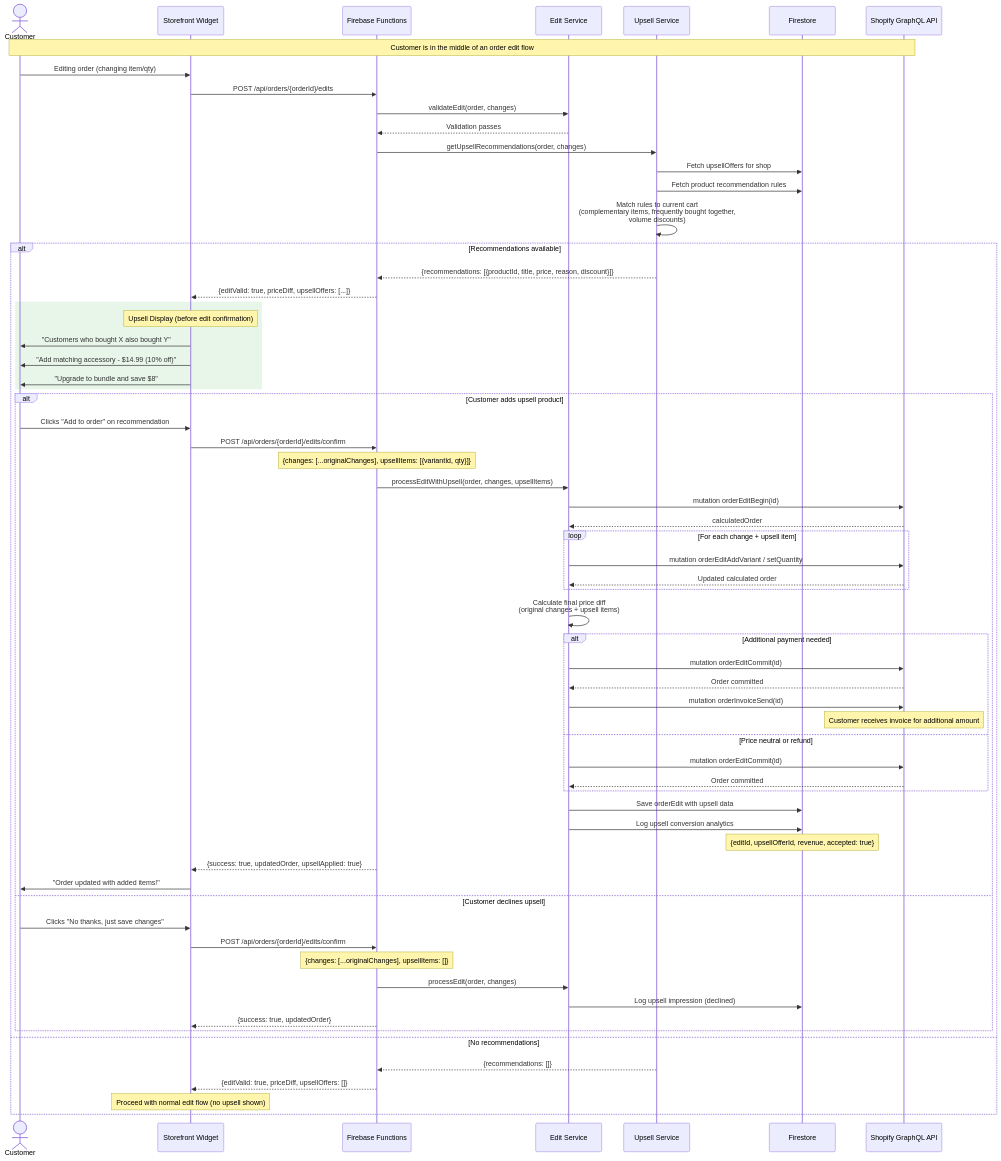
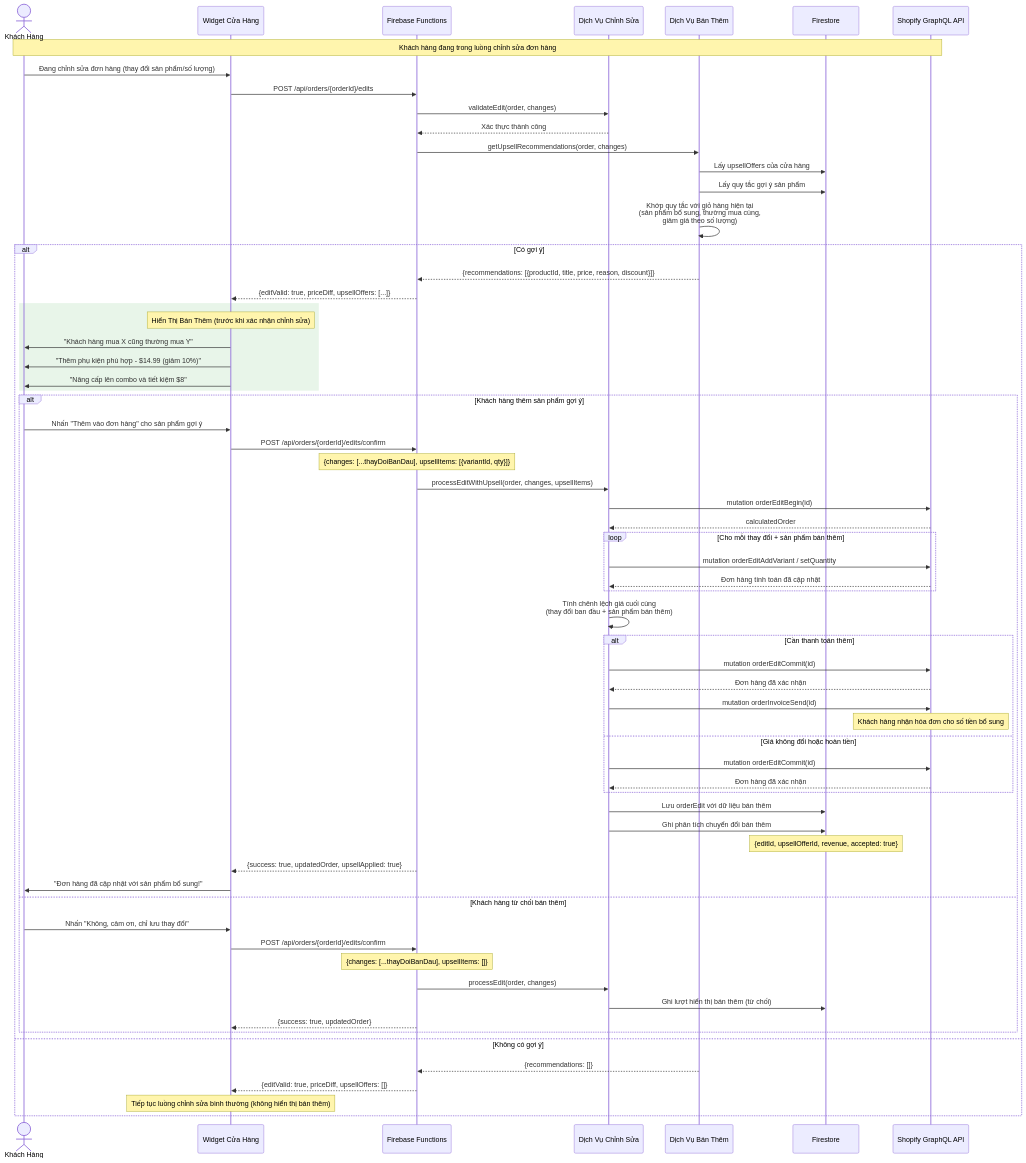
The sixth of 10 diagrams in order editing/research/08-diagrams.md (Roger-46/test), drawn with Mermaid before and after one commit. The commit also changed other lines of this file and 20 other files, not shown here.

````diff
--- a/order editing/research/08-diagrams.md
+++ b/order editing/research/08-diagrams.md
@@ -376,81 +376,81 @@
 ```mermaid
 sequenceDiagram
-    actor C as Customer
-    participant SW as Storefront Widget
+    actor C as Khách Hàng
+    participant SW as Widget Cửa Hàng
     participant API as Firebase Functions
-    participant ES as Edit Service
-    participant US as Upsell Service
+    participant ES as Dịch Vụ Chỉnh Sửa
+    participant US as Dịch Vụ Bán Thêm
     participant FS as Firestore
     participant SHOP as Shopify GraphQL API
 
-    Note over C,SHOP: Customer is in the middle of an order edit flow
+    Note over C,SHOP: Khách hàng đang trong luồng chỉnh sửa đơn hàng
 
-    C->>SW: Editing order (changing item/qty)
+    C->>SW: Đang chỉnh sửa đơn hàng (thay đổi sản phẩm/số lượng)
     SW->>API: POST /api/orders/{orderId}/edits
     API->>ES: validateEdit(order, changes)
-    ES-->>API: Validation passes
+    ES-->>API: Xác thực thành công
 
     API->>US: getUpsellRecommendations(order, changes)
-    US->>FS: Fetch upsellOffers for shop
-    US->>FS: Fetch product recommendation rules
-    US->>US: Match rules to current cart<br/>(complementary items, frequently bought together,<br/>volume discounts)
+    US->>FS: Lấy upsellOffers của cửa hàng
+    US->>FS: Lấy quy tắc gợi ý sản phẩm
+    US->>US: Khớp quy tắc với giỏ hàng hiện tại<br/>(sản phẩm bổ sung, thường mua cùng,<br/>giảm giá theo số lượng)
 
-    alt Recommendations available
+    alt Có gợi ý
         US-->>API: {recommendations: [{productId, title, price, reason, discount}]}
         API-->>SW: {editValid: true, priceDiff, upsellOffers: [...]}
 
         rect rgb(232, 245, 233)
-            Note over SW: Upsell Display (before edit confirmation)
-            SW->>C: "Customers who bought X also bought Y"
-            SW->>C: "Add matching accessory - $14.99 (10% off)"
-            SW->>C: "Upgrade to bundle and save $8"
+            Note over SW: Hiển Thị Bán Thêm (trước khi xác nhận chỉnh sửa)
+            SW->>C: "Khách hàng mua X cũng thường mua Y"
+            SW->>C: "Thêm phụ kiện phù hợp - $14.99 (giảm 10%)"
+            SW->>C: "Nâng cấp lên combo và tiết kiệm $8"
         end
 
-        alt Customer adds upsell product
-            C->>SW: Clicks "Add to order" on recommendation
+        alt Khách hàng thêm sản phẩm gợi ý
+            C->>SW: Nhấn "Thêm vào đơn hàng" cho sản phẩm gợi ý
             SW->>API: POST /api/orders/{orderId}/edits/confirm
-            Note over API: {changes: [...originalChanges], upsellItems: [{variantId, qty}]}
+            Note over API: {changes: [...thayDoiBanDau], upsellItems: [{variantId, qty}]}
 
             API->>ES: processEditWithUpsell(order, changes, upsellItems)
             ES->>SHOP: mutation orderEditBegin(id)
             SHOP-->>ES: calculatedOrder
 
-            loop For each change + upsell item
+            loop Cho mỗi thay đổi + sản phẩm bán thêm
                 ES->>SHOP: mutation orderEditAddVariant / setQuantity
-                SHOP-->>ES: Updated calculated order
+                SHOP-->>ES: Đơn hàng tính toán đã cập nhật
             end
 
-            ES->>ES: Calculate final price diff<br/>(original changes + upsell items)
+            ES->>ES: Tính chênh lệch giá cuối cùng<br/>(thay đổi ban đầu + sản phẩm bán thêm)
 
-            alt Additional payment needed
+            alt Cần thanh toán thêm
                 ES->>SHOP: mutation orderEditCommit(id)
-                SHOP-->>ES: Order committed
+                SHOP-->>ES: Đơn hàng đã xác nhận
                 ES->>SHOP: mutation orderInvoiceSend(id)
-                Note over SHOP: Customer receives invoice for additional amount
-            else Price neutral or refund
+                Note over SHOP: Khách hàng nhận hóa đơn cho số tiền bổ sung
+            else Giá không đổi hoặc hoàn tiền
                 ES->>SHOP: mutation orderEditCommit(id)
-                SHOP-->>ES: Order committed
+                SHOP-->>ES: Đơn hàng đã xác nhận
             end
 
-            ES->>FS: Save orderEdit with upsell data
-            ES->>FS: Log upsell conversion analytics
+            ES->>FS: Lưu orderEdit với dữ liệu bán thêm
+            ES->>FS: Ghi phân tích chuyển đổi bán thêm
             Note over FS: {editId, upsellOfferId, revenue, accepted: true}
 
             API-->>SW: {success: true, updatedOrder, upsellApplied: true}
-            SW->>C: "Order updated with added items!"
+            SW->>C: "Đơn hàng đã cập nhật với sản phẩm bổ sung!"
 
-        else Customer declines upsell
-            C->>SW: Clicks "No thanks, just save changes"
+        else Khách hàng từ chối bán thêm
+            C->>SW: Nhấn "Không, cảm ơn, chỉ lưu thay đổi"
             SW->>API: POST /api/orders/{orderId}/edits/confirm
-            Note over API: {changes: [...originalChanges], upsellItems: []}
+            Note over API: {changes: [...thayDoiBanDau], upsellItems: []}
             API->>ES: processEdit(order, changes)
-            ES->>FS: Log upsell impression (declined)
+            ES->>FS: Ghi lượt hiển thị bán thêm (từ chối)
             API-->>SW: {success: true, updatedOrder}
         end
 
-    else No recommendations
+    else Không có gợi ý
         US-->>API: {recommendations: []}
         API-->>SW: {editValid: true, priceDiff, upsellOffers: []}
-        Note over SW: Proceed with normal edit flow (no upsell shown)
+        Note over SW: Tiếp tục luồng chỉnh sửa bình thường (không hiển thị bán thêm)
     end
 ```
````
